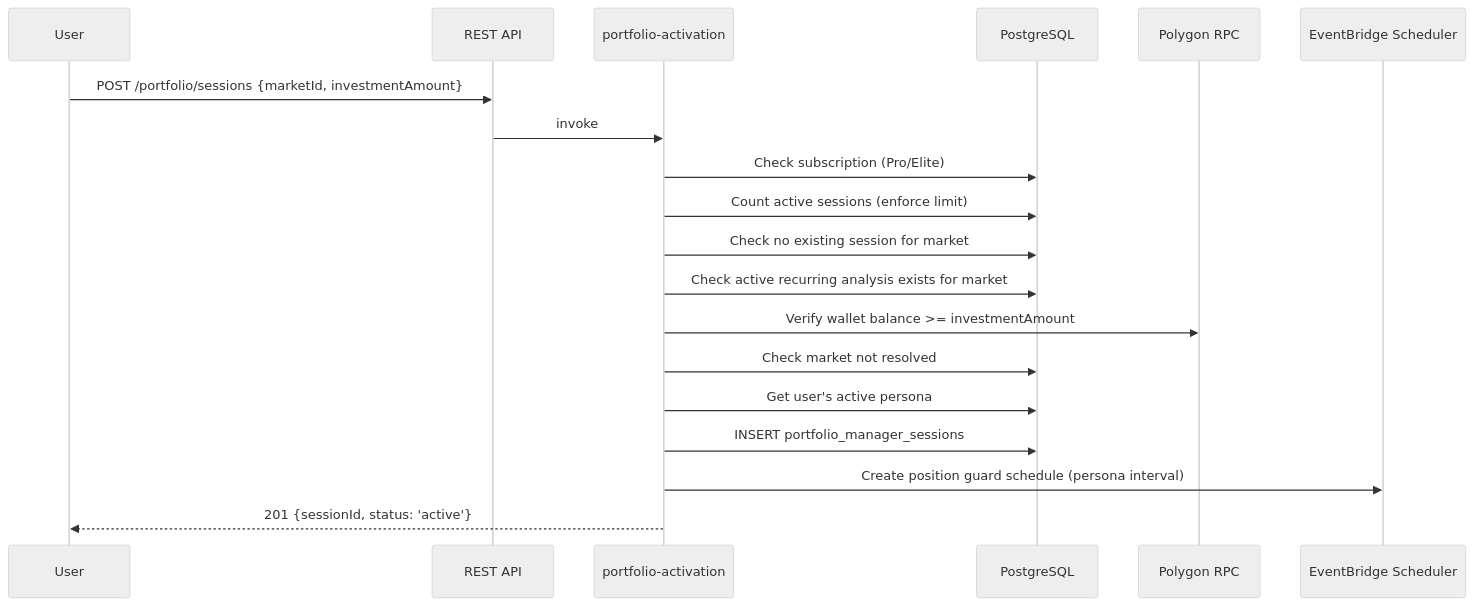
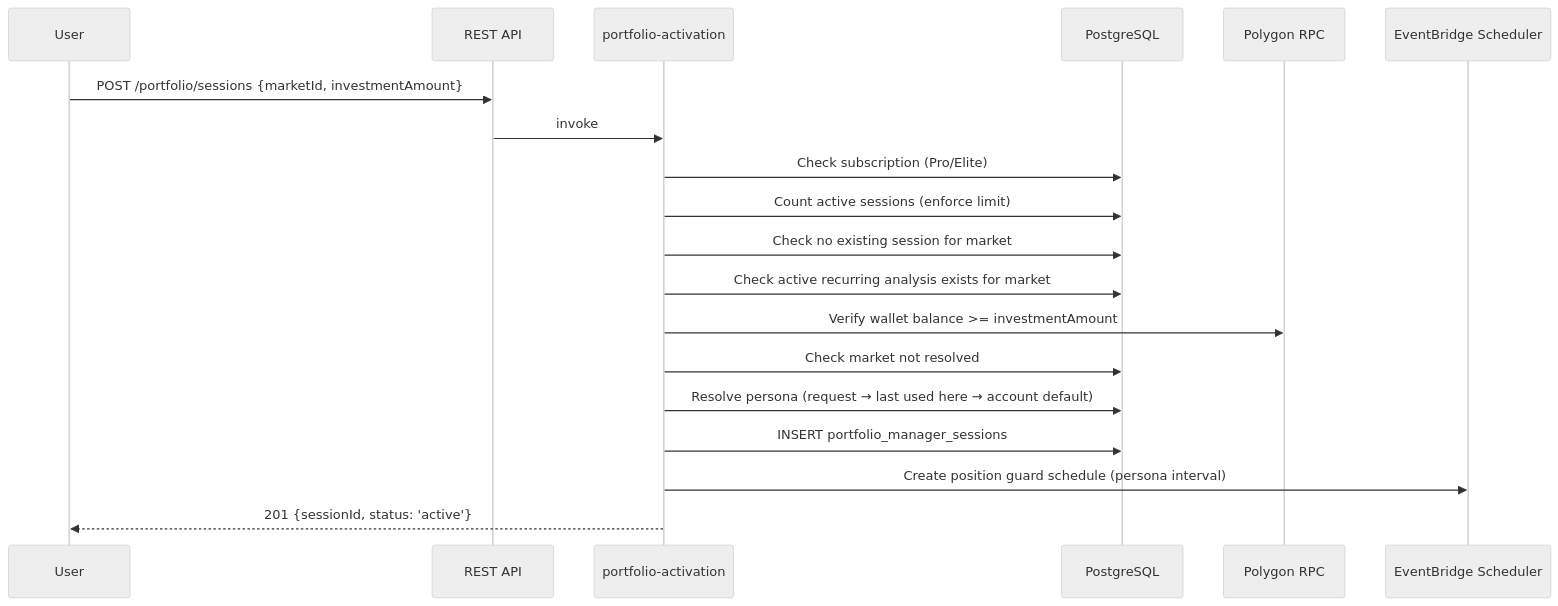
One commit to balojey/tradewizard-kiroween changed the second of 5 diagrams in .kiro/specs/autonomous-portfolio-manager/design.md. Above: the diagram before and after it, drawn with Mermaid (neutral theme). The commit also changed other lines of this file and 19 other files, not shown here.

````diff
--- a/.kiro/specs/autonomous-portfolio-manager/design.md
+++ b/.kiro/specs/autonomous-portfolio-manager/design.md
@@ -291,22 +291,22 @@
 ```mermaid
 sequenceDiagram
     participant User
     participant API as REST API
     participant Activation as portfolio-activation
     participant RDS as PostgreSQL
     participant Chain as Polygon RPC
     participant EB as EventBridge Scheduler
 
     User->>API: POST /portfolio/sessions {marketId, investmentAmount}
     API->>Activation: invoke
     Activation->>RDS: Check subscription (Pro/Elite)
     Activation->>RDS: Count active sessions (enforce limit)
     Activation->>RDS: Check no existing session for market
     Activation->>RDS: Check active recurring analysis exists for market
     Activation->>Chain: Verify wallet balance >= investmentAmount
     Activation->>RDS: Check market not resolved
-    Activation->>RDS: Get user's active persona
+    Activation->>RDS: Resolve persona (request → last used here → account default)
     Activation->>RDS: INSERT portfolio_manager_sessions
     Activation->>EB: Create position guard schedule (persona interval)
     Activation-->>User: 201 {sessionId, status: 'active'}
 ```
````
